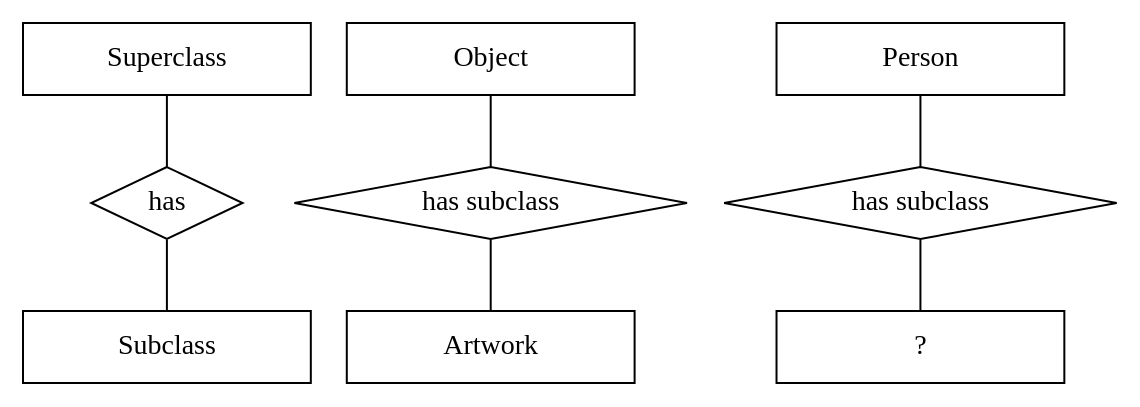
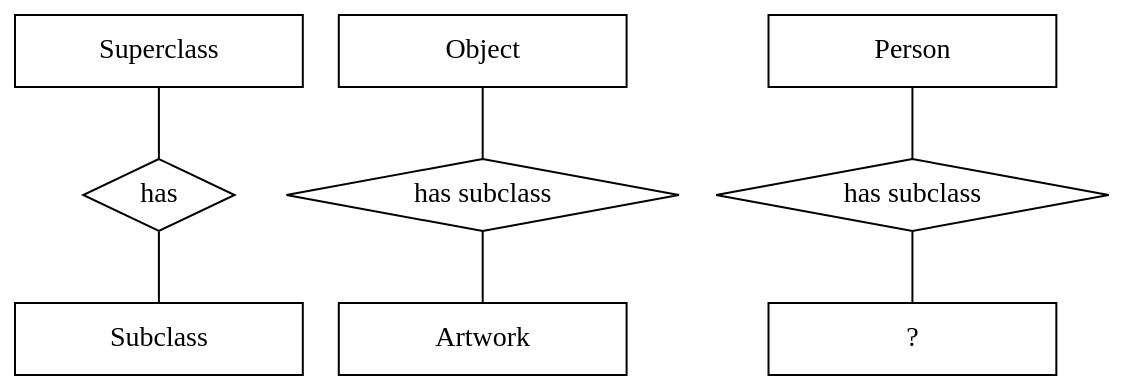
One commit to dasch124/howto changed the second of 3 diagrams in content/posts/prosopographic-modelling-ontologies/index.mdx. Above: the diagram before and after it, drawn with Graphviz. The commit also changed other lines of this file, not shown here.

````diff
--- a/content/posts/prosopographic-modelling-ontologies/index.mdx
+++ b/content/posts/prosopographic-modelling-ontologies/index.mdx
@@ -63,23 +64,24 @@
 ```dot
 graph {
   fontsize=12;
+  bgcolor="transparent";
 
   A[label="Superclass",shape="box",width=2];
   B[label="has",shape="diamond"];
   C[label="Subclass",shape="box",width=2];
 
   A -- B -- C;
 
   D[label="Object",shape="box",width=2];
   E[label="has subclass",shape="diamond"];
   F[label="Artwork",shape="box",width=2];
 
   D -- E -- F;
 
   G[label="Person",shape="box",width=2];
   H[label="has subclass",shape="diamond"];
   I[label="?",shape="box",width=2];
 
   G -- H -- I;
 }
 ```
````
